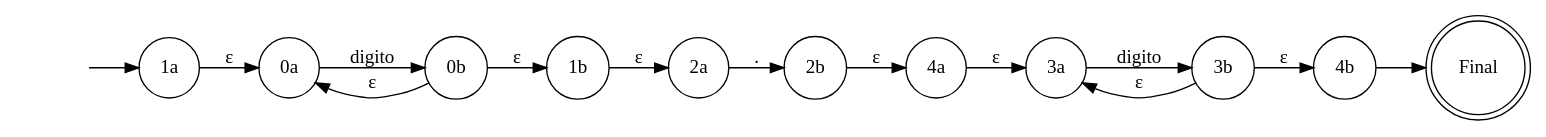
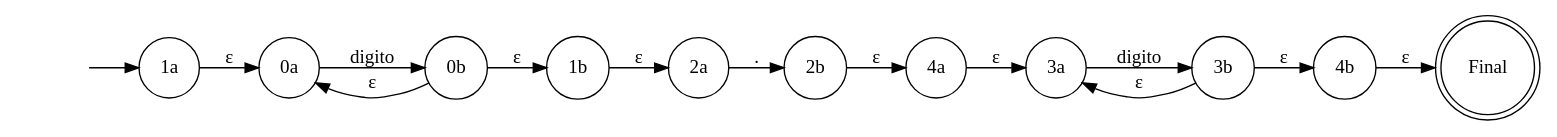
One commit to DiegoxBaggins/JAVA-Basic-Compilator changed the diagram in AFND_201903969/decimales.dot. Above: the diagram before and after it, drawn with Graphviz. The commit also changed 27 other files, not shown here.

```diff
--- a/AFND_201903969/decimales.dot
+++ b/AFND_201903969/decimales.dot
@@ -1,30 +1,30 @@
 digraph G{
 rankdir=LR
 concentrate=true
 nodoInicial [shape=none label=""]
 nodoInicial->nodo1a [label=""]
 nodo0a [shape=circle label="0a"]
 nodo0b [shape=circle label="0b"]
 nodo0a -> nodo0b[label="digito"]
 nodo1a [shape=circle label="1a"]
 nodo1b [shape=circle label="1b"]
 nodo1a -> nodo0a[label="ε"]
 nodo0b->nodo1b[label="ε"]
 nodo0b->nodo0a[label="ε"]
 nodo2a [shape=circle label="2a"]
 nodo2b [shape=circle label="2b"]
 nodo2a -> nodo2b[label="."]
 nodo3a [shape=circle label="3a"]
 nodo3b [shape=circle label="3b"]
 nodo3a -> nodo3b[label="digito"]
 nodo4a [shape=circle label="4a"]
 nodo4b [shape=circle label="4b"]
 nodo4a -> nodo3a[label="ε"]
 nodo3b->nodo4b[label="ε"]
 nodo3b->nodo3a[label="ε"]
 nodo2b -> nodo4a[label="ε"]
 nodo1b -> nodo2a[label="ε"]
 nodoFinal [shape=doublecircle label="Final"]
-nodo4b->nodoFinal [label=""]
+nodo4b->nodoFinal [label="ε"]
 
 }
```
